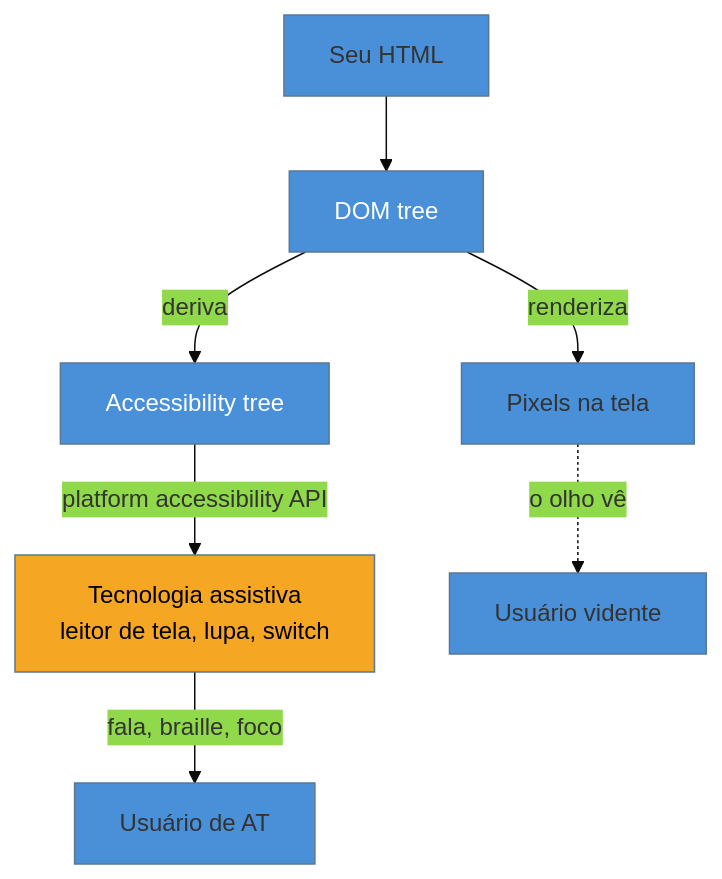
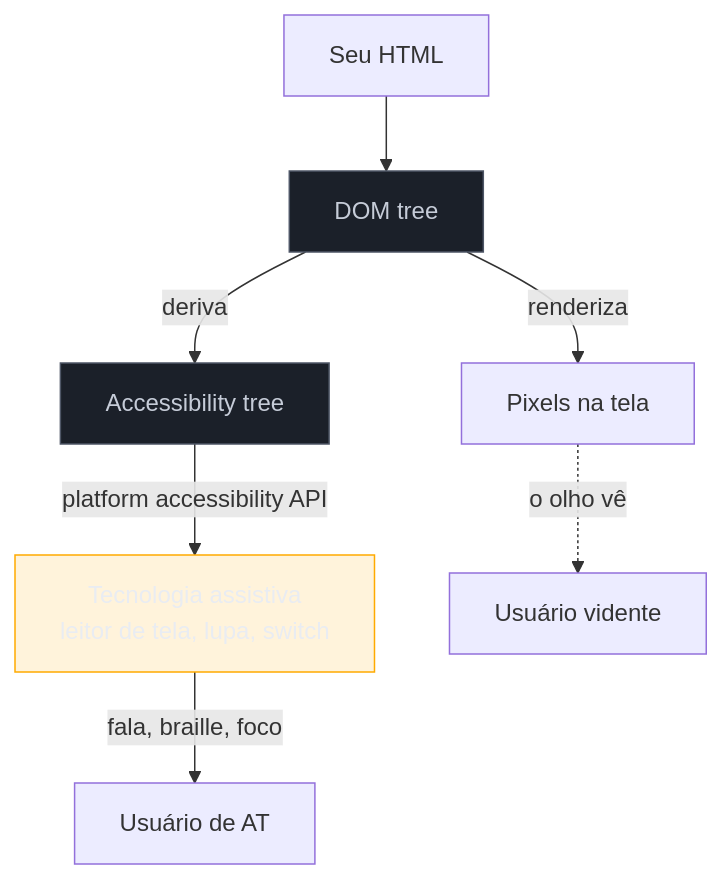
Before and after one commit to josenaldo/codex-technomanticus: the diagram in 03-Dominios/Tecnologia/Acessibilidade/Fundamentos e Modelo Mental/02 - O accessibility tree.md, drawn with Mermaid. The commit also changed 1181 other files, not shown here.

First line of the commit message:
fix(diagramas): paleta do sistema no lugar de cor cravada no markdown

````diff
--- a/03-Dominios/Tecnologia/Acessibilidade/Fundamentos e Modelo Mental/02 - O accessibility tree.md
+++ b/03-Dominios/Tecnologia/Acessibilidade/Fundamentos e Modelo Mental/02 - O accessibility tree.md
@@ -29,14 +29,15 @@
 ```mermaid
-%%{init: {"theme": "base", "themeVariables": {"primaryColor": "#4A90D9"}}}%%
 graph TD
+    classDef neutro fill:#1B2029,stroke:#4E5666,color:#C6CCD8
+    classDef destaque fill:#FFAA0024,stroke:#FFAA00,color:#E9ECF2
     HTML[Seu HTML] --> DOM[DOM tree]
     DOM -->|renderiza| Pixels[Pixels na tela]
     DOM -->|deriva| AX[Accessibility tree]
     AX -->|platform accessibility API| AT[Tecnologia assistiva<br/>leitor de tela, lupa, switch]
     Pixels -.->|o olho vê| User1[Usuário vidente]
     AT -->|fala, braille, foco| User2[Usuário de AT]
 
-    style DOM fill:#4A90D9,color:#fff
-    style AX fill:#4A90D9,color:#fff
-    style AT fill:#F5A623,color:#000
+    class DOM neutro
+    class AX neutro
+    class AT destaque
 ```
````
